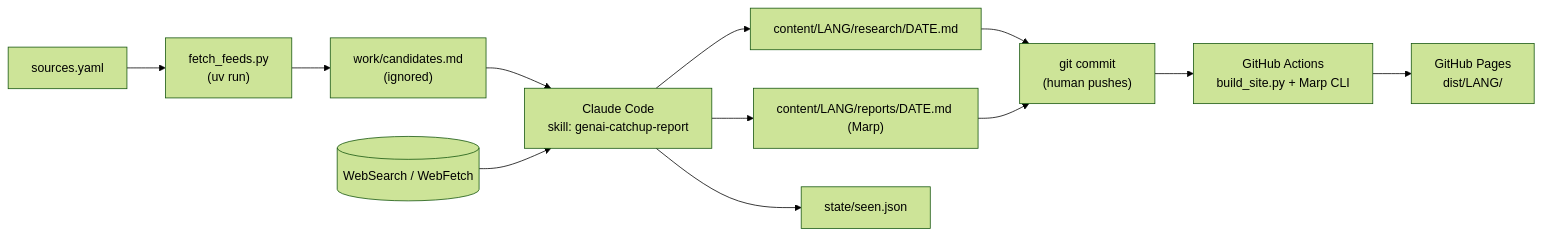
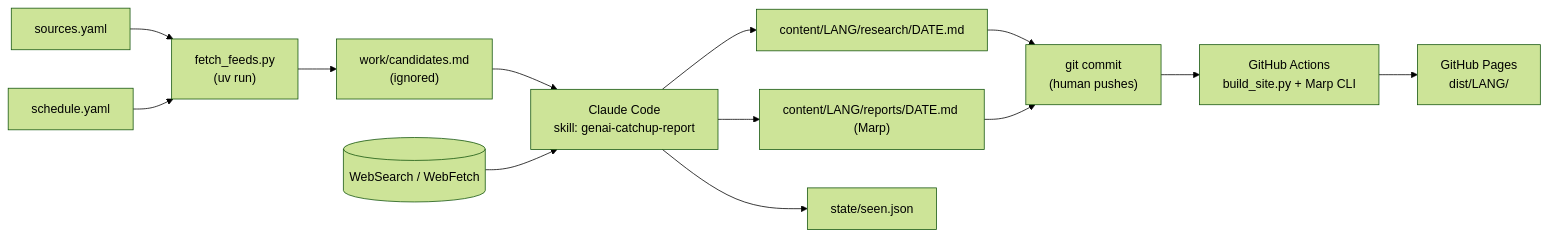
One commit to masamallow/genai-catchup changed the diagram in README.md. Above: the diagram before and after it, drawn with Mermaid (forest theme). The commit also changed other lines of this file and 5 other files, not shown here.

First line of the commit message:
feat(fetch): derive the feed window from schedule.yaml

````diff
--- a/README.md
+++ b/README.md
@@ -16,13 +16,14 @@
 ```mermaid
 flowchart LR
     S[sources.yaml] --> F["fetch_feeds.py<br/>(uv run)"]
+    SCH[schedule.yaml] --> F
     F --> C["work/candidates.md<br/>(ignored)"]
     C --> A["Claude Code<br/>skill: genai-catchup-report"]
     W[(WebSearch / WebFetch)] --> A
     A --> R["content/LANG/research/DATE.md"]
     A --> P["content/LANG/reports/DATE.md (Marp)"]
     A --> SEEN["state/seen.json"]
     R & P --> G["git commit<br/>(human pushes)"]
     G --> CI["GitHub Actions<br/>build_site.py + Marp CLI"]
     CI --> PAGES["GitHub Pages<br/>dist/LANG/"]
 ```
````
